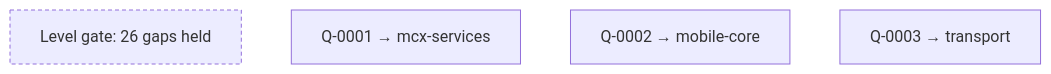
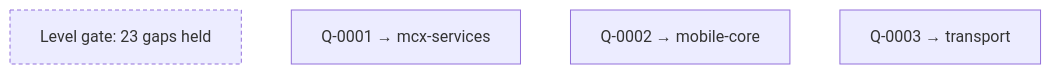
One commit to MauriceIsrael/LLMOps changed the first of 2 diagrams in artifacts/nordwave-mcx-2027/progression.md. Above: the diagram before and after it, drawn with Mermaid. The commit also changed other lines of this file and 66 other files, not shown here.

````diff
--- a/artifacts/nordwave-mcx-2027/progression.md
+++ b/artifacts/nordwave-mcx-2027/progression.md
@@ -30,8 +30,8 @@
 ```mermaid
 graph TD
-    GATE["Level gate: 26 gaps held"]:::held
+    GATE["Level gate: 23 gaps held"]:::held
     Q0001["Q-0001 → mcx-services"]
     Q0002["Q-0002 → mobile-core"]
     Q0003["Q-0003 → transport"]
     classDef held stroke-dasharray: 4 3;
 ```
````
